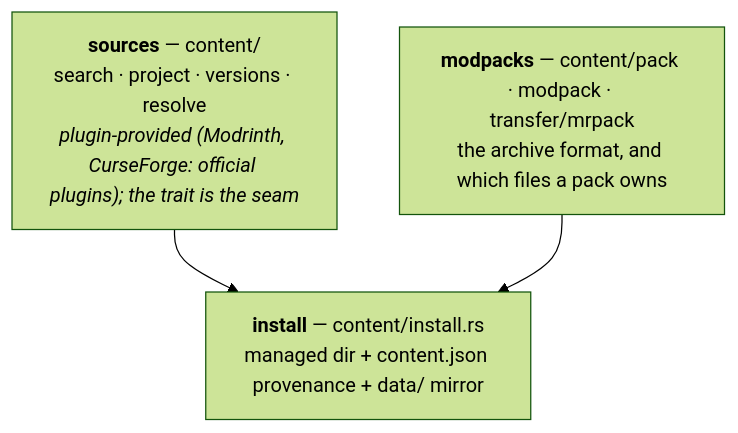
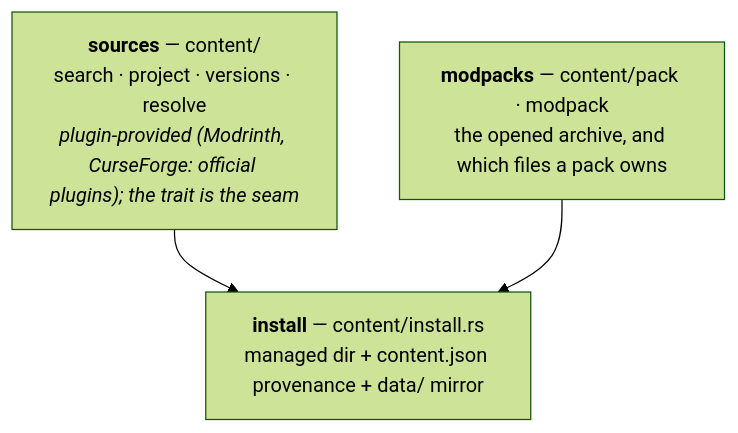
Before and after one commit to prytaneum/hestia: the first of 3 diagrams in docs/architecture/content.md, drawn with Mermaid (forest theme). The commit also changed other lines of this file and 9 other files, not shown here.

````diff
--- a/docs/architecture/content.md
+++ b/docs/architecture/content.md
@@ -11,9 +11,9 @@
 ```mermaid
 flowchart TD
     SRC["<b>sources</b> — content/<br/>search · project · versions · resolve<br/><i>plugin-provided (Modrinth, CurseForge: official plugins); the trait is the seam</i>"]
     INST["<b>install</b> — content/install.rs<br/>managed dir + content.json provenance + data/ mirror"]
-    PACK["<b>modpacks</b> — content/pack · modpack · transfer/mrpack<br/>the archive format, and which files a pack owns"]
+    PACK["<b>modpacks</b> — content/pack · modpack<br/>the opened archive, and which files a pack owns"]
 
     SRC --> INST
     PACK --> INST
 ```
````
